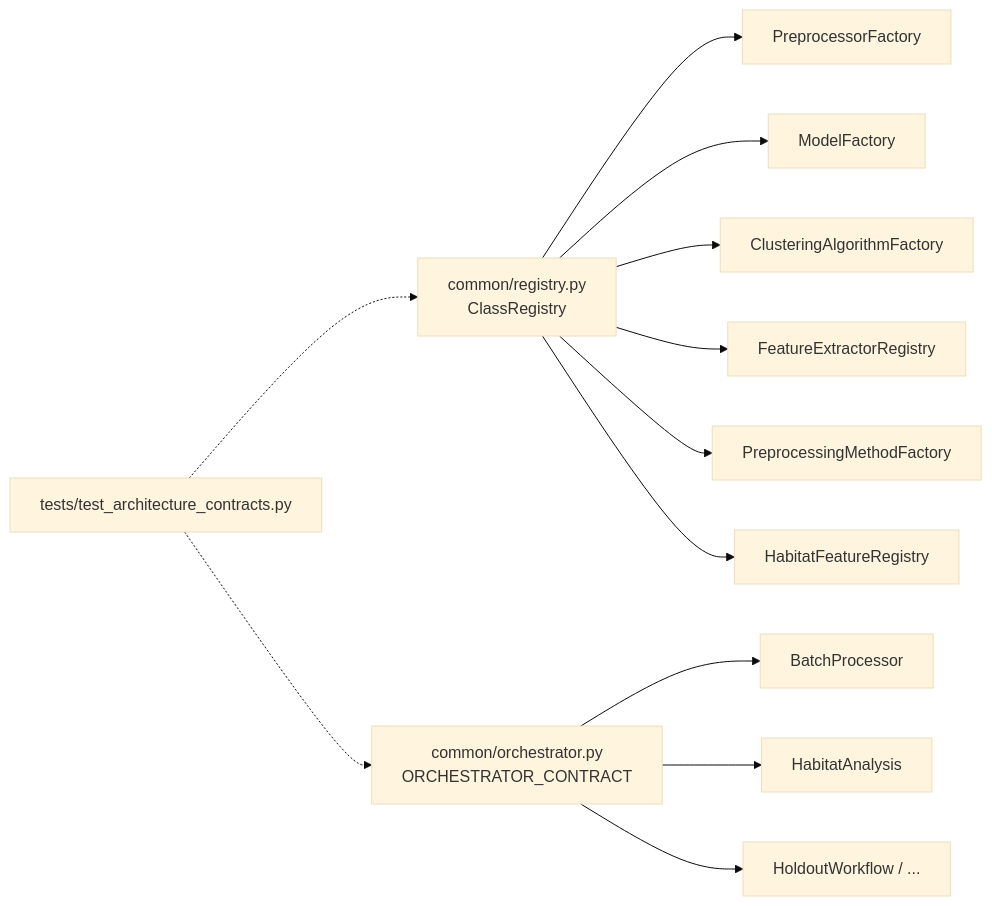
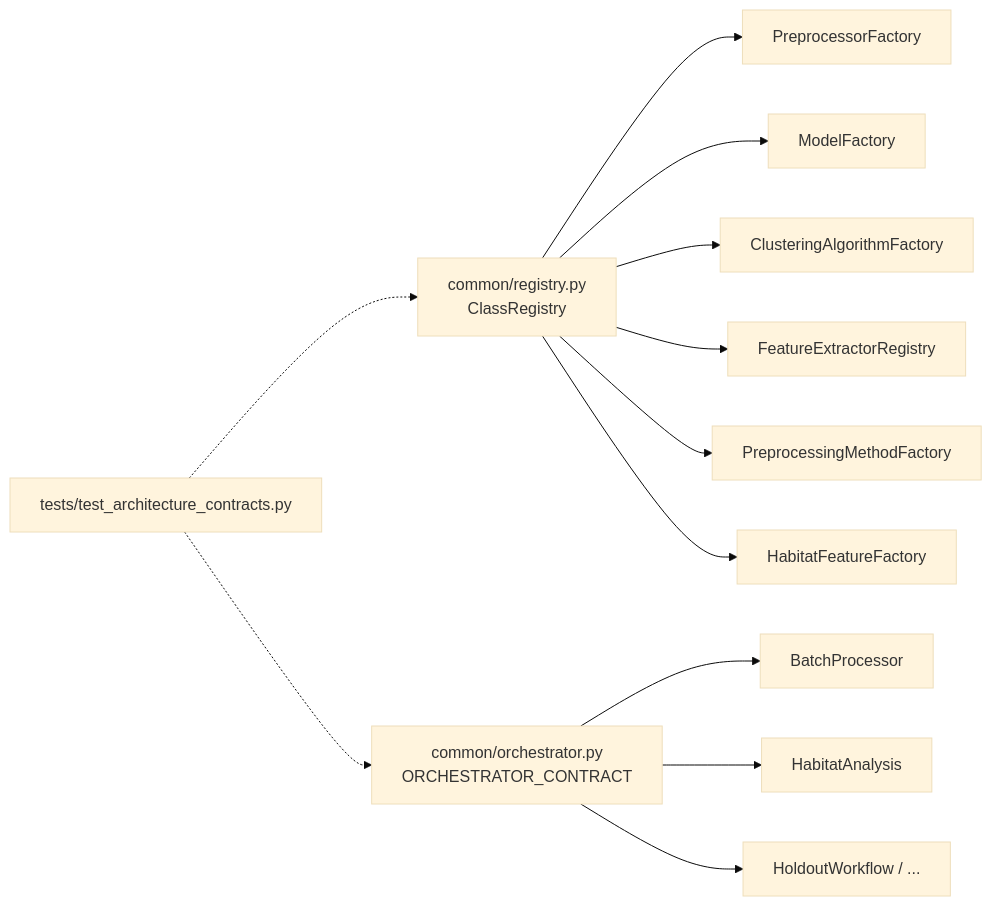
The second of 2 diagrams in docs/source/development/repo_layout.rst (lichao312214129/HABIT), drawn with Mermaid (base theme) before and after one commit. The commit also changed 23 other files, not shown here.

First line of the commit message:
Refactor habitat feature plugin architecture

```diff
--- a/docs/source/development/repo_layout.rst
+++ b/docs/source/development/repo_layout.rst
@@ -139,16 +139,16 @@
 .. mermaid::
 
    flowchart LR
      REG["common/registry.py<br/>ClassRegistry"] --> PF["PreprocessorFactory"]
      REG --> MF["ModelFactory"]
      REG --> CF["ClusteringAlgorithmFactory"]
      REG --> EF["FeatureExtractorRegistry"]
      REG --> PP["PreprocessingMethodFactory"]
-     REG --> HF["HabitatFeatureRegistry"]
+     REG --> HF["HabitatFeatureFactory"]
 
      ORC["common/orchestrator.py<br/>ORCHESTRATOR_CONTRACT"] --> BP["BatchProcessor"]
      ORC --> HA["HabitatAnalysis"]
      ORC --> HW["HoldoutWorkflow / ..."]
 
      TST["tests/test_architecture_contracts.py"] -.-> REG
      TST -.-> ORC
```
